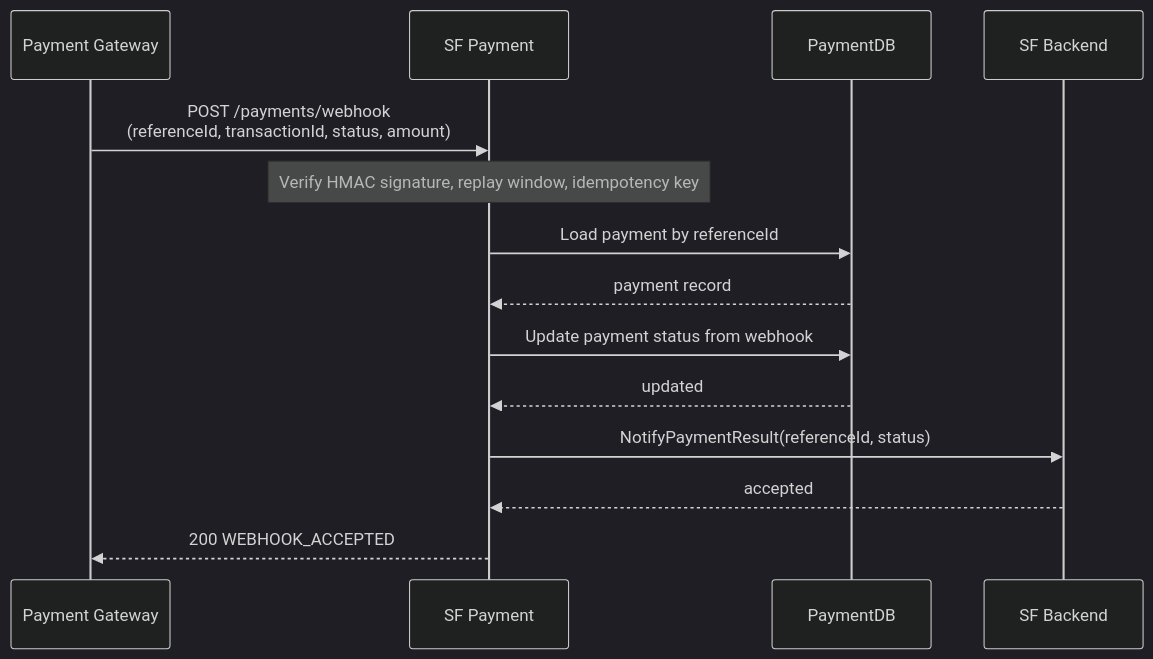
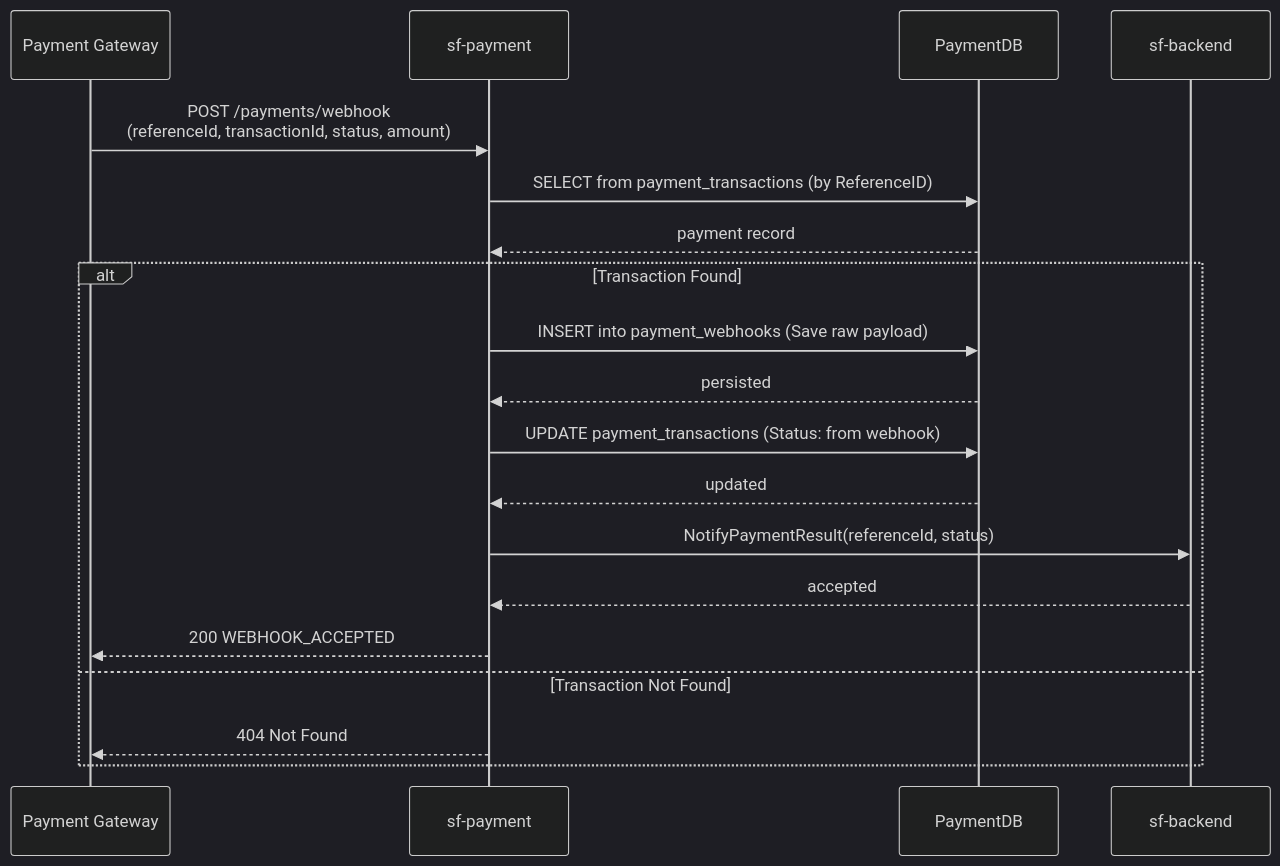
One commit to jafarrohmadi/xl-test changed the second of 2 diagrams in api-contract/sf-payment/sequence.md. Above: the diagram before and after it, drawn with Mermaid (dark theme). The commit also changed other lines of this file and 3308 other files, not shown here.

First line of the commit message:
feat: implement complete microservices architecture with documentation

````diff
--- a/api-contract/sf-payment/sequence.md
+++ b/api-contract/sf-payment/sequence.md
@@ -22,17 +32,23 @@
 ```mermaid
 sequenceDiagram
-    participant GW as Payment Gateway
-    participant SFP as SF Payment
-    participant DB as PaymentDB
-    participant SF as SF Backend
+    participant Gateway as Payment Gateway
+    participant Payment as sf-payment
+    participant Database as PaymentDB
+    participant Backend as sf-backend
 
-    GW->>SFP: POST /payments/webhook<br/>(referenceId, transactionId, status, amount)
-    Note over SFP: Verify HMAC signature, replay window, idempotency key
-    SFP->>DB: Load payment by referenceId
-    DB-->>SFP: payment record
-    SFP->>DB: Update payment status from webhook
-    DB-->>SFP: updated
-    SFP->>SF: NotifyPaymentResult(referenceId, status)
-    SF-->>SFP: accepted
-    SFP-->>GW: 200 WEBHOOK_ACCEPTED
+    Gateway->>Payment: POST /payments/webhook<br/>(referenceId, transactionId, status, amount)
+    Payment->>Database: SELECT from payment_transactions (by ReferenceID)
+    Database-->>Payment: payment record
+    
+    alt Transaction Found
+        Payment->>Database: INSERT into payment_webhooks (Save raw payload)
+        Database-->>Payment: persisted
+        Payment->>Database: UPDATE payment_transactions (Status: from webhook)
+        Database-->>Payment: updated
+        Payment->>Backend: NotifyPaymentResult(referenceId, status)
+        Backend-->>Payment: accepted
+        Payment-->>Gateway: 200 WEBHOOK_ACCEPTED
+    else Transaction Not Found
+        Payment-->>Gateway: 404 Not Found
+    end
 ```
````
